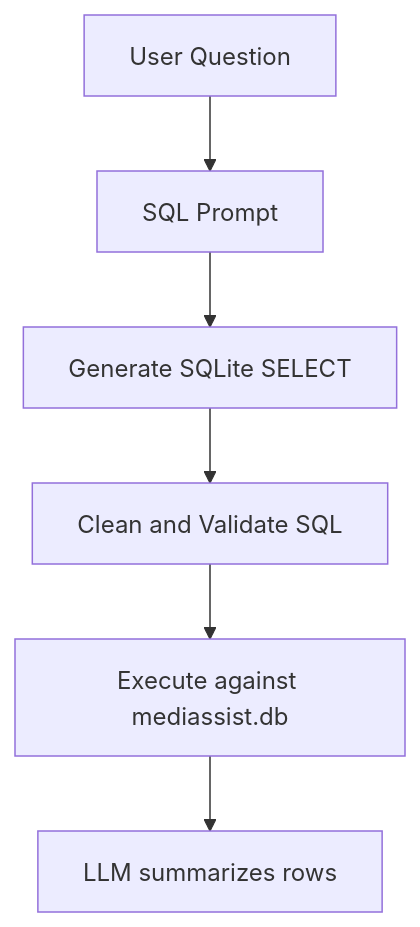
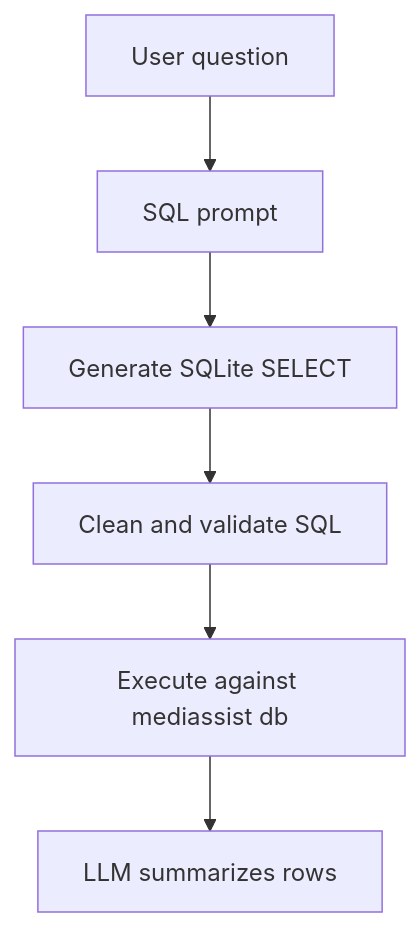
Before and after one commit to saips90/mediBot: the second of 2 diagrams in README.md, drawn with Mermaid. The commit also changed other lines of this file, not shown here.

Commit message:
Fix README Mermaid rendering

````diff
--- a/README.md
+++ b/README.md
@@ -406,8 +422,15 @@
 ```mermaid
 flowchart TD
-    Q["User Question"] --> P["SQL Prompt"]
-    P --> S["Generate SQLite SELECT"]
-    S --> C["Clean and Validate SQL"]
-    C --> D["Execute against mediassist.db"]
-    D --> A["LLM summarizes rows"]
+    question[User question]
+    prompt[SQL prompt]
+    select[Generate SQLite SELECT]
+    validate[Clean and validate SQL]
+    execute[Execute against mediassist db]
+    summarize[LLM summarizes rows]
+
+    question --> prompt
+    prompt --> select
+    select --> validate
+    validate --> execute
+    execute --> summarize
 ```
````
